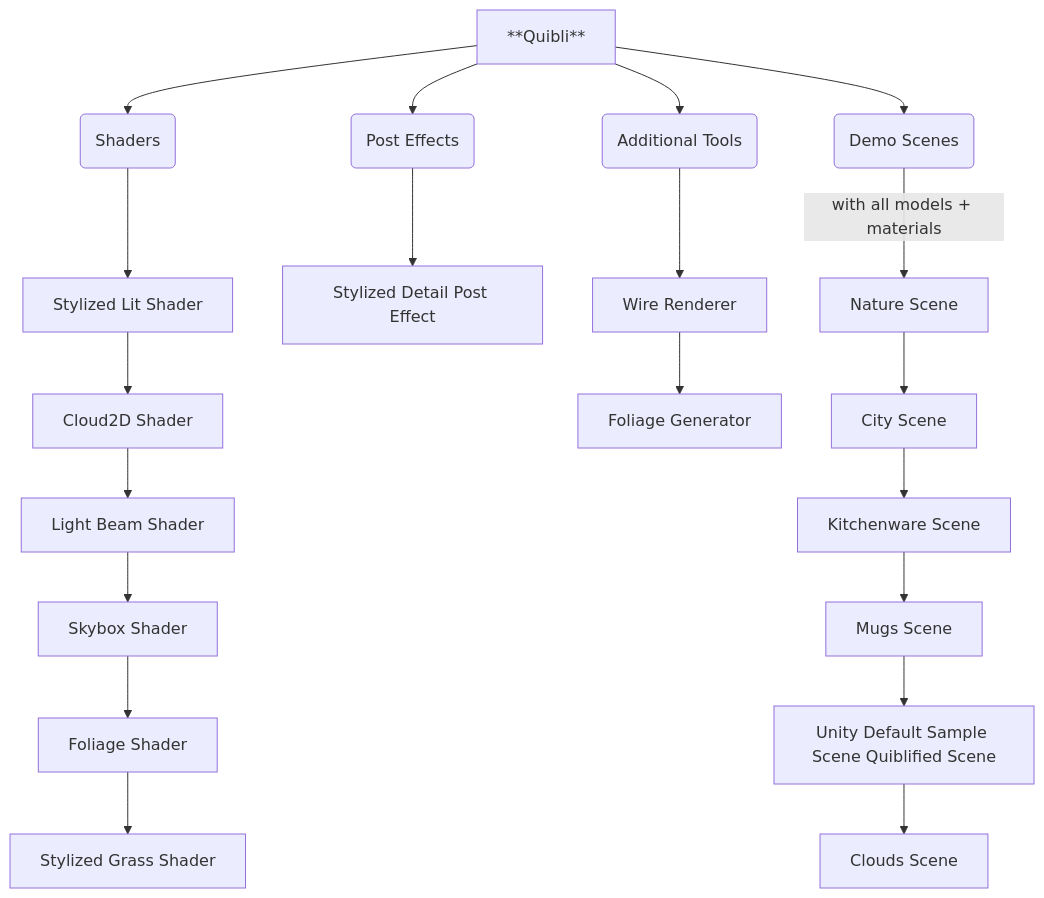
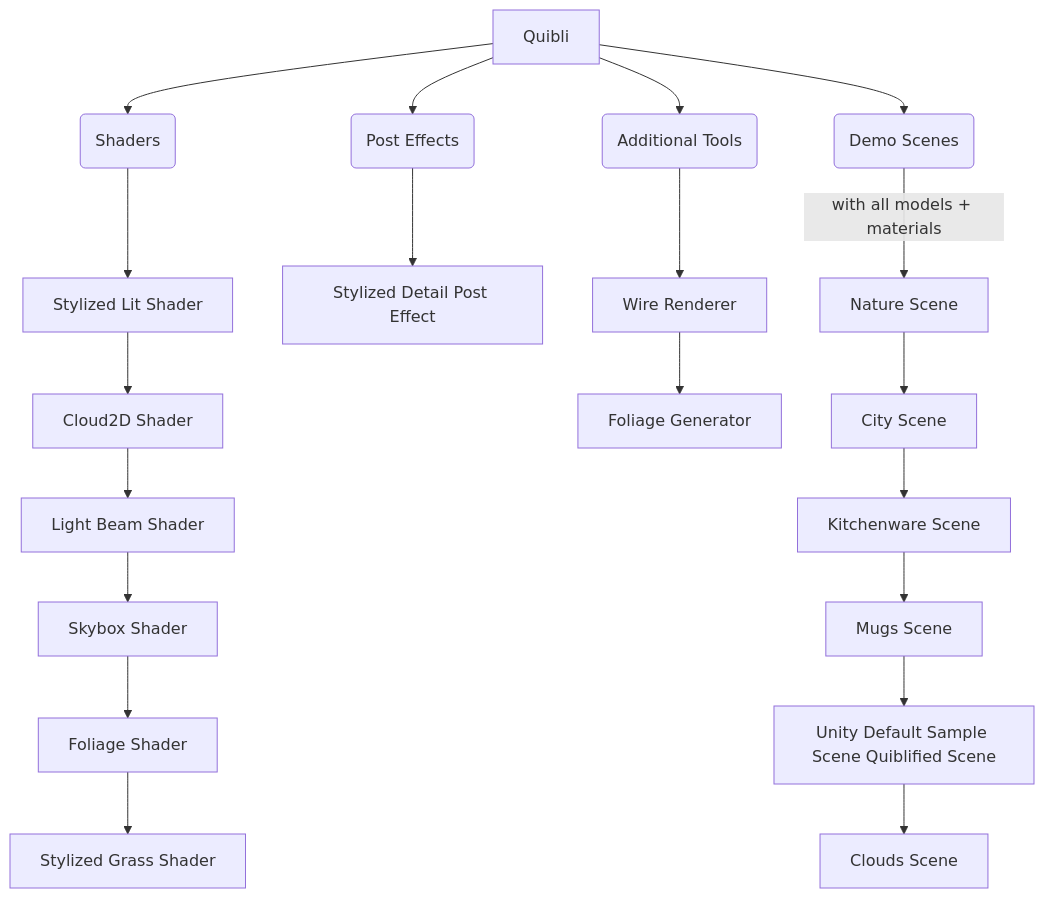
Before and after one commit to dustyroom-studio/quibli-doc: the diagram in _docs/what-is-quibli-a-brief-overview.md, drawn with Mermaid. The commit also changed other lines of this file, not shown here.

```diff
--- a/_docs/what-is-quibli-a-brief-overview.md
+++ b/_docs/what-is-quibli-a-brief-overview.md
@@ -38,24 +38,24 @@
 <div class="mermaid">
 graph TD
-A[**Quibli**] --> B(Shaders)
+A[Quibli] --> B(Shaders)
 A --> C(Post Effects)
 A --> D(Additional Tools)
 A --> E(Demo Scenes)
 B --> G[Stylized Lit Shader]
 G --> H[Cloud2D Shader]
 H --> I[Light Beam Shader]
 I --> J[Skybox Shader]
 J --> K[Foliage Shader]
 K --> L[Stylized Grass Shader]
 C --> M[Stylized Detail Post Effect]
 D --> N[Wire Renderer]
 N --> O[Foliage Generator]
 E -->|with all models + materials| P[Nature Scene]
 P --> Q[City Scene]
 Q --> R[Kitchenware Scene]
 R --> S[Mugs Scene]
 S --> T[Unity Default Sample Scene Quiblified Scene]
 T --> U[Clouds Scene]
 
 
 </div>
```
